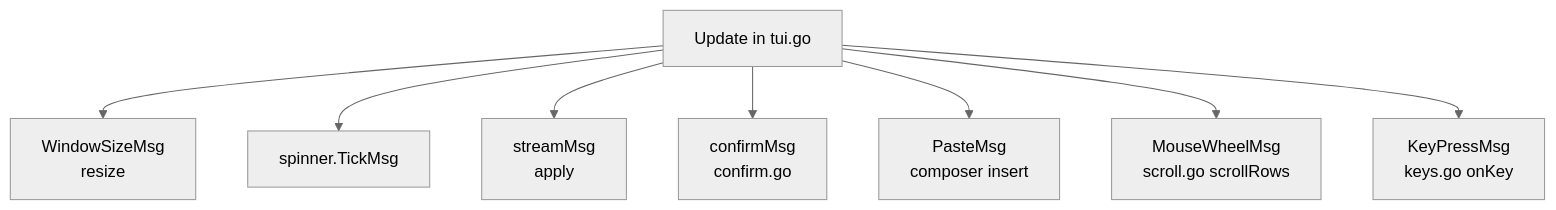
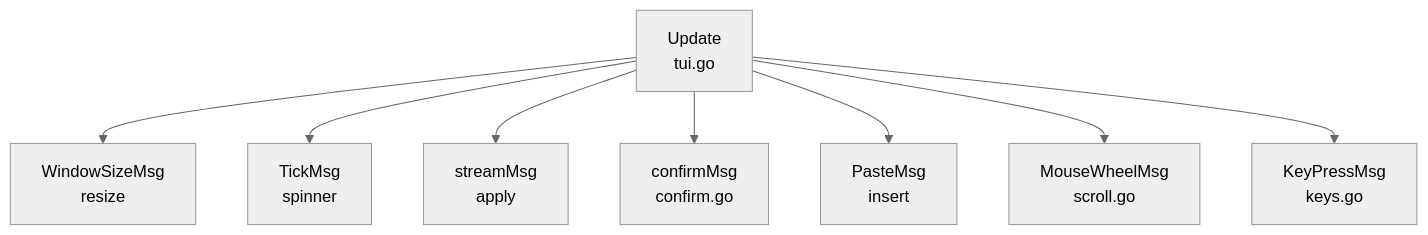
The first of 3 diagrams in docs/tui.md (zyy17/pigo), drawn with Mermaid (neutral theme) before and after one commit. The commit also changed other lines of this file and 5 other files, not shown here.

First line of the commit message:
docs: fix clipped labels in TUI diagrams

````diff
--- a/docs/tui.md
+++ b/docs/tui.md
@@ -11,11 +11,11 @@
 ```mermaid
 flowchart TD
-    update["Update in tui.go"]
+    update["Update<br/>tui.go"]
     update --> size["WindowSizeMsg<br/>resize"]
-    update --> tick["spinner.TickMsg"]
+    update --> tick["TickMsg<br/>spinner"]
     update --> stream["streamMsg<br/>apply"]
     update --> ask["confirmMsg<br/>confirm.go"]
-    update --> paste["PasteMsg<br/>composer insert"]
-    update --> wheel["MouseWheelMsg<br/>scroll.go scrollRows"]
-    update --> key["KeyPressMsg<br/>keys.go onKey"]
+    update --> paste["PasteMsg<br/>insert"]
+    update --> wheel["MouseWheelMsg<br/>scroll.go"]
+    update --> key["KeyPressMsg<br/>keys.go"]
 ```
````
